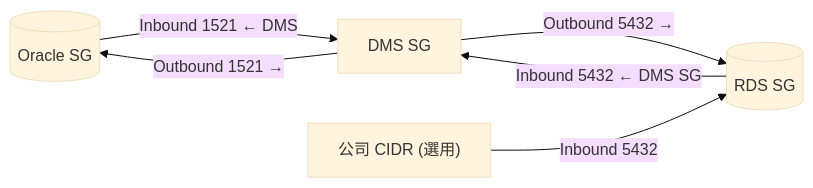
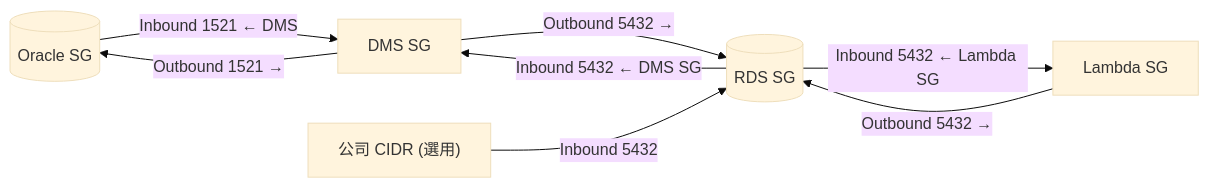
Before and after one commit to Jiaye-DF/data-center-etl: the third of 9 diagrams in docs/Arch/aws-to-local-infra-arch.md, drawn with Mermaid (base theme). The commit also changed other lines of this file and 38 other files, not shown here.

````diff
--- a/docs/Arch/aws-to-local-infra-arch.md
+++ b/docs/Arch/aws-to-local-infra-arch.md
@@ -154,13 +173,16 @@
 ```mermaid
 flowchart LR
   ORA[("Oracle SG")]
   DMS["DMS SG"]
+  LMB["Lambda SG"]
   RDS[("RDS SG")]
   CORP["公司 CIDR (選用)"]
 
   DMS -- "Outbound 1521 →" --> ORA
   ORA -- "Inbound 1521 ← DMS" --> DMS
   DMS -- "Outbound 5432 →" --> RDS
   RDS -- "Inbound 5432 ← DMS SG" --> DMS
+  LMB -- "Outbound 5432 →" --> RDS
+  RDS -- "Inbound 5432 ← Lambda SG" --> LMB
   CORP -- "Inbound 5432" --> RDS
 ```
````
